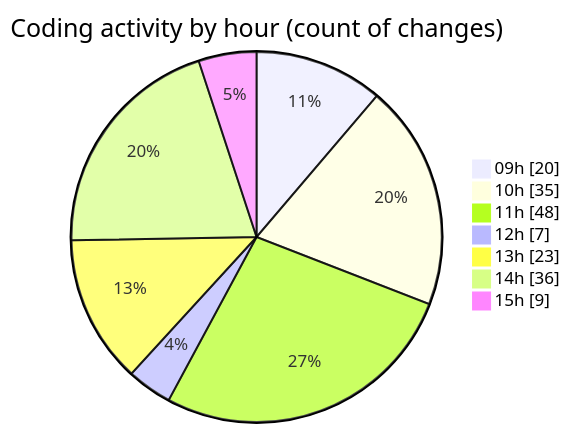
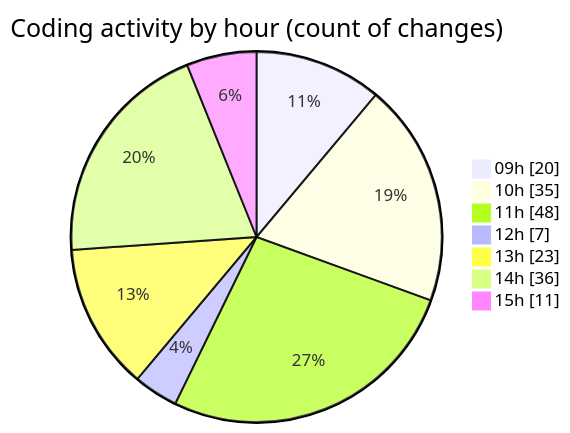
One commit to CELIANVF/code-tracking changed the second of 2 diagrams in 2025-06-10/ecodeli-1/README.md. Above: the diagram before and after it, drawn with Mermaid. The commit also changed other lines of this file and 1 other file, not shown here.

````diff
--- a/2025-06-10/ecodeli-1/README.md
+++ b/2025-06-10/ecodeli-1/README.md
@@ -94,11 +95,11 @@
 ```mermaid
 pie showData
 title Coding activity by hour (count of changes)
 "09h" : 20
 "10h" : 35
 "11h" : 48
 "12h" : 7
 "13h" : 23
 "14h" : 36
-"15h" : 9
+"15h" : 11
 ```
````
